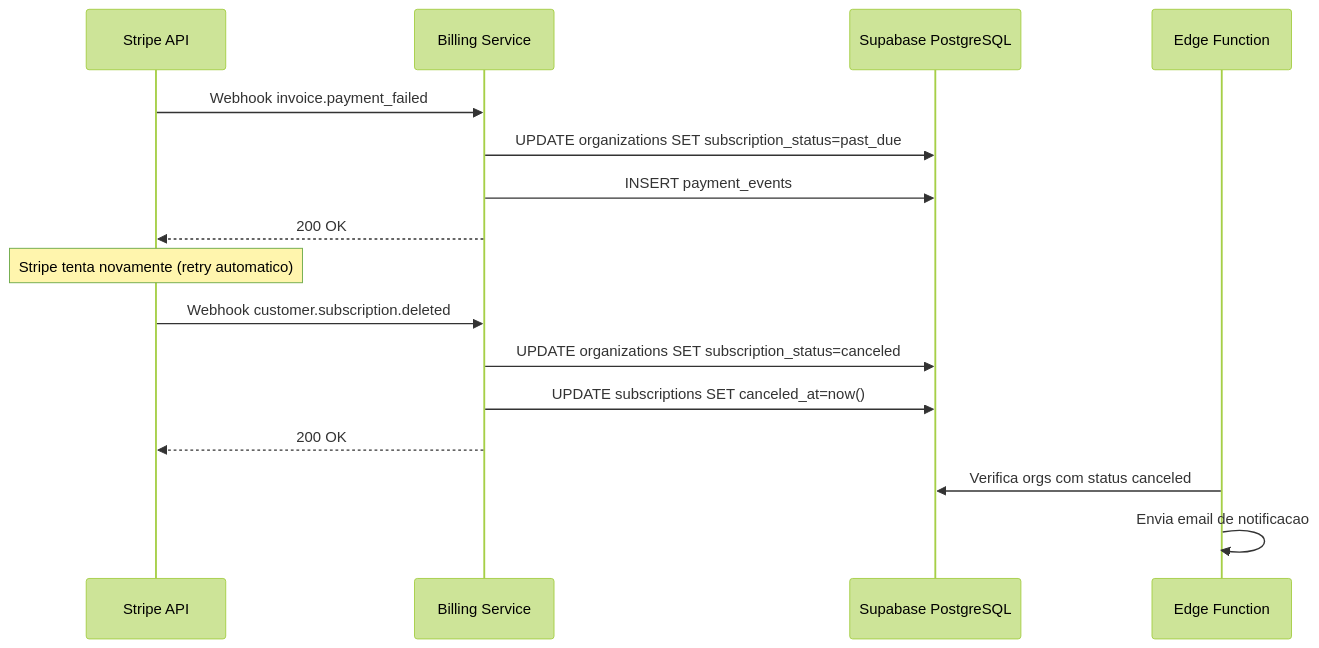
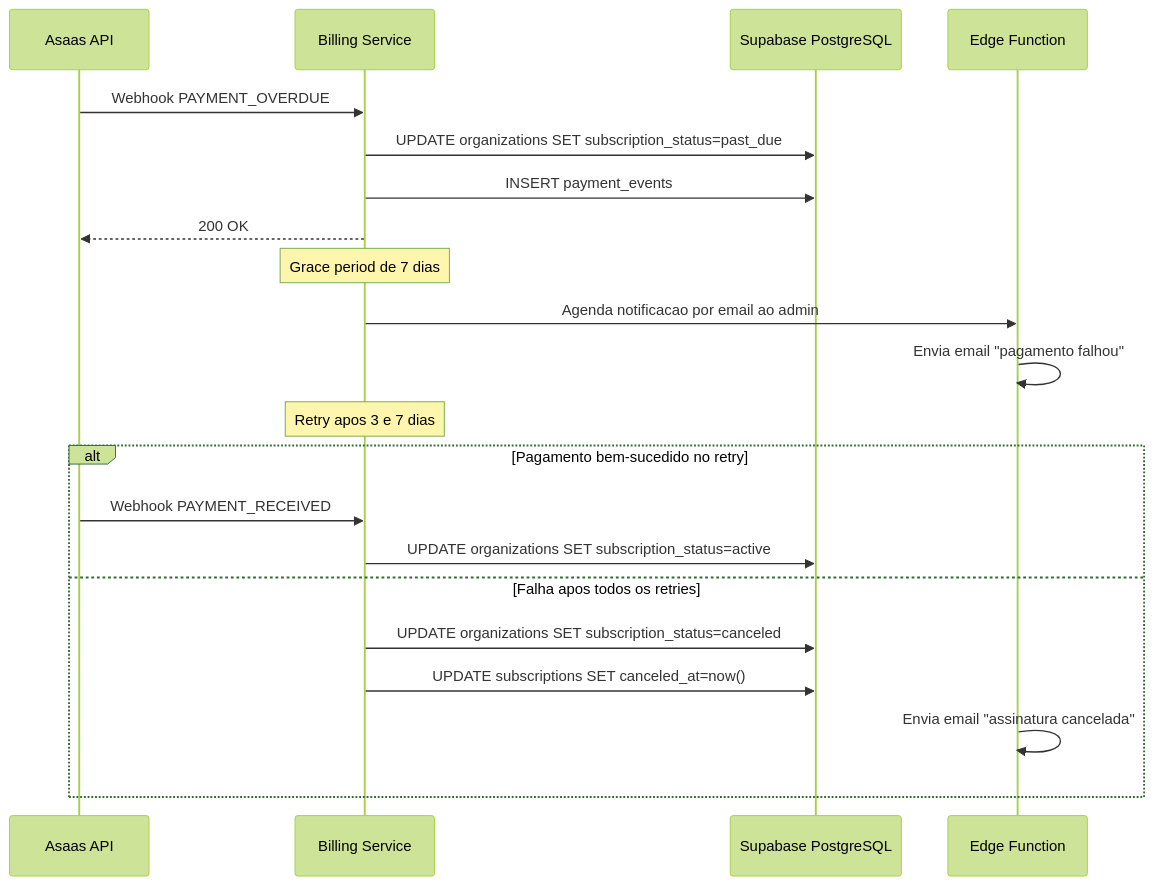
Before and after one commit to andreassichaves/baseMedicalSaas: the seventh of 7 diagrams in ARCHITECTURE.md, drawn with Mermaid (forest theme). The commit also changed other lines of this file and 32 other files, not shown here.

````diff
--- a/ARCHITECTURE.md
+++ b/ARCHITECTURE.md
@@ -754,22 +895,28 @@
 ```mermaid
 sequenceDiagram
-    participant Stripe as Stripe API
+    participant Asaas as Asaas API
     participant Billing as Billing Service
     participant DB as Supabase PostgreSQL
     participant Edge as Edge Function
 
-    Stripe->>Billing: Webhook invoice.payment_failed
+    Asaas->>Billing: Webhook PAYMENT_OVERDUE
     Billing->>DB: UPDATE organizations SET subscription_status=past_due
     Billing->>DB: INSERT payment_events
-    Billing-->>Stripe: 200 OK
+    Billing-->>Asaas: 200 OK
 
-    Note over Stripe: Stripe tenta novamente (retry automatico)
+    Note over Billing: Grace period de 7 dias
 
-    Stripe->>Billing: Webhook customer.subscription.deleted
-    Billing->>DB: UPDATE organizations SET subscription_status=canceled
-    Billing->>DB: UPDATE subscriptions SET canceled_at=now()
-    Billing-->>Stripe: 200 OK
+    Billing->>Edge: Agenda notificacao por email ao admin
+    Edge->>Edge: Envia email "pagamento falhou"
 
-    Edge->>DB: Verifica orgs com status canceled
-    Edge->>Edge: Envia email de notificacao
+    Note over Billing: Retry apos 3 e 7 dias
+
+    alt Pagamento bem-sucedido no retry
+        Asaas->>Billing: Webhook PAYMENT_RECEIVED
+        Billing->>DB: UPDATE organizations SET subscription_status=active
+    else Falha apos todos os retries
+        Billing->>DB: UPDATE organizations SET subscription_status=canceled
+        Billing->>DB: UPDATE subscriptions SET canceled_at=now()
+        Edge->>Edge: Envia email "assinatura cancelada"
+    end
 ```
````
